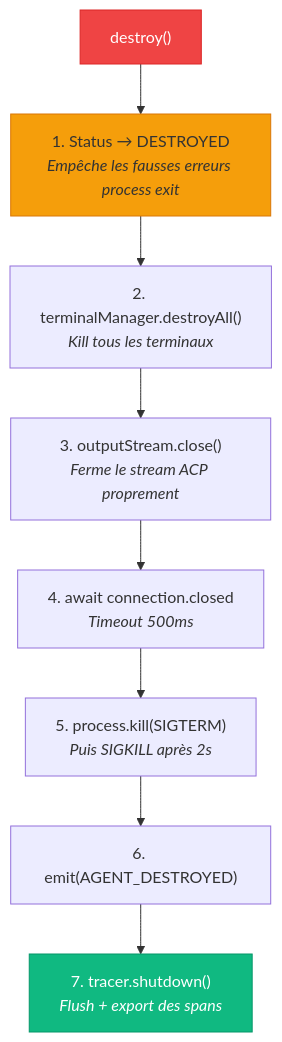
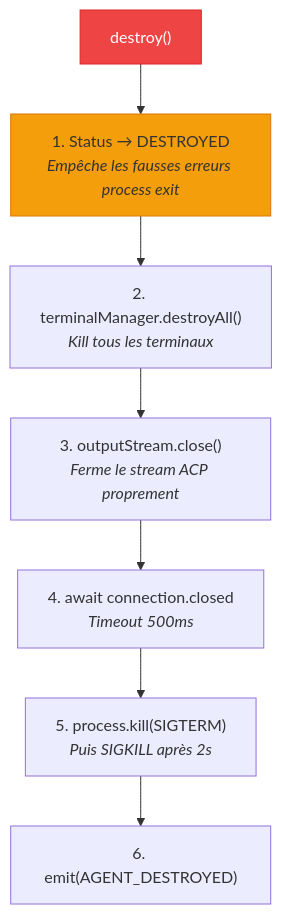
The sixth of 6 diagrams in docs/concepts/lifecycle.md (atinseau/stark), drawn with Mermaid before and after one commit. The commit also changed other lines of this file and 13 other files, not shown here.

````diff
--- a/docs/concepts/lifecycle.md
+++ b/docs/concepts/lifecycle.md
@@ -559,17 +558,15 @@
 ```mermaid
 flowchart TD
     D["destroy()"]
     S1["1. Status → DESTROYED<br/><em>Empêche les fausses erreurs process exit</em>"]
     S2["2. terminalManager.destroyAll()<br/><em>Kill tous les terminaux</em>"]
     S3["3. outputStream.close()<br/><em>Ferme le stream ACP proprement</em>"]
     S4["4. await connection.closed<br/><em>Timeout 500ms</em>"]
     S5["5. process.kill(SIGTERM)<br/><em>Puis SIGKILL après 2s</em>"]
     S6["6. emit(AGENT_DESTROYED)"]
-    S7["7. tracer.shutdown()<br/><em>Flush + export des spans</em>"]
 
-    D --> S1 --> S2 --> S3 --> S4 --> S5 --> S6 --> S7
+    D --> S1 --> S2 --> S3 --> S4 --> S5 --> S6
 
     style D fill:#ef4444,stroke:#dc2626,color:#fff
     style S1 fill:#f59e0b,stroke:#d97706
-    style S7 fill:#10b981,stroke:#059669,color:#fff
 ```
````
